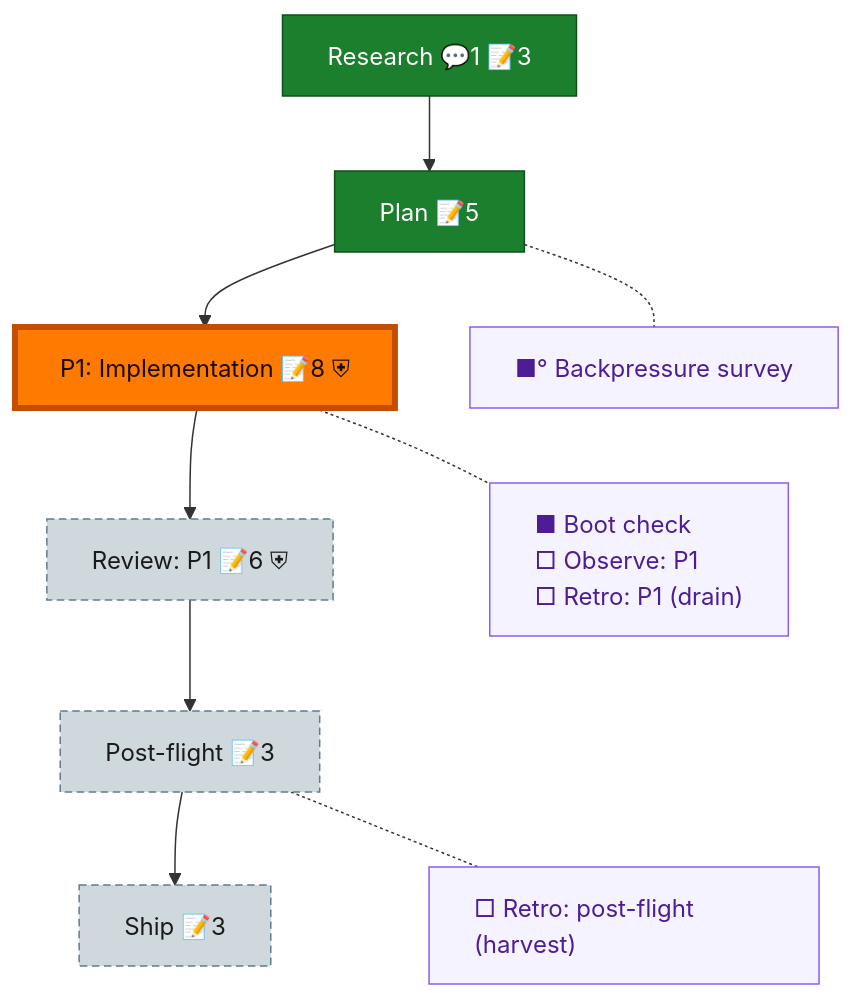
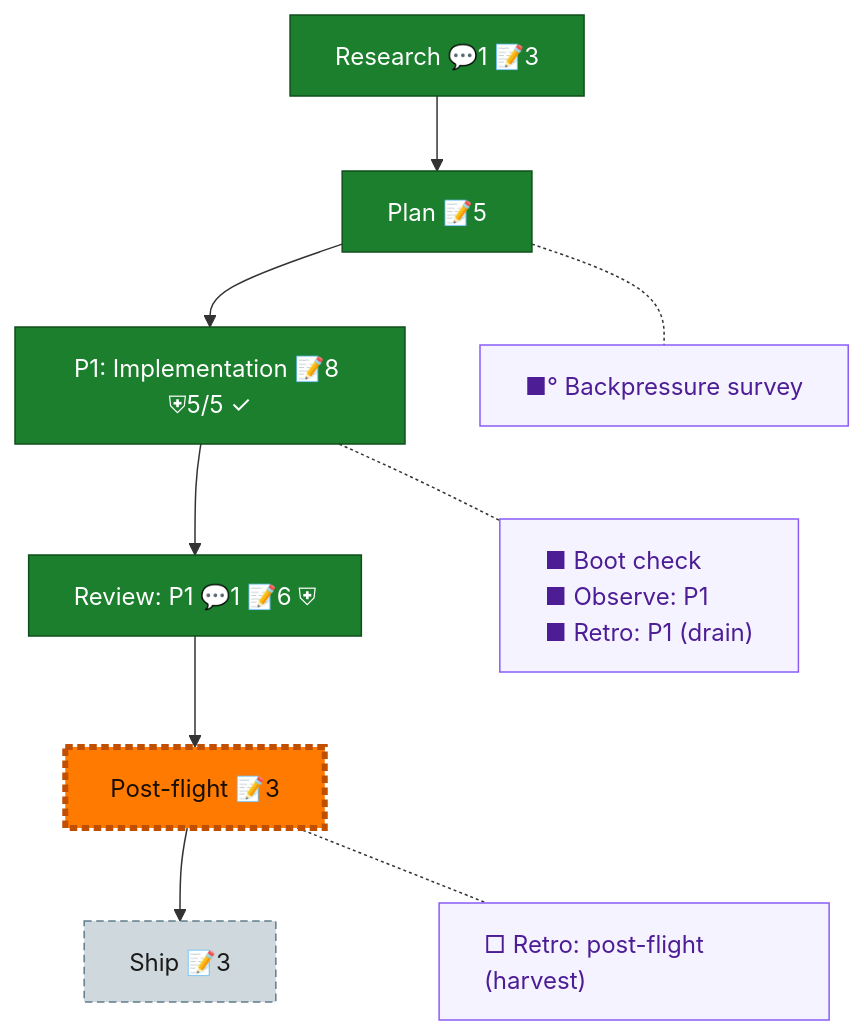
Before and after one commit to vaughanknight/bluos-knob: the diagram in docs/plans/003-knob-lag/the-flow.md, drawn with Mermaid. The commit also changed other lines of this file and 9 other files, not shown here.

First line of the commit message:
fix(firmware): re-check live/generation/staleness per command within a coalesced burst (plan 003 review)

````diff
--- a/docs/plans/003-knob-lag/the-flow.md
+++ b/docs/plans/003-knob-lag/the-flow.md
@@ -8,30 +8,29 @@
 ```mermaid
 flowchart TD
     research["Research 💬1 📝3"]:::done
     plan["Plan 📝5"]:::done
-    phase_1["P1: Implementation 📝8 ⛨"]:::wip
-    review_1["Review: P1 📝6 ⛨"]:::assumed
+    phase_1["P1: Implementation 📝8 ⛨5/5 ✓"]:::done
+    review_1["Review: P1 💬1 📝6 ⛨"]:::done
     post_flight["Post-flight 📝3"]:::assumed
     ship["Ship 📝3"]:::assumed
 
     research --> plan --> phase_1 --> review_1 --> post_flight --> ship
 
     planC["■° Backpressure survey"]:::chore
-    phase_1C["■ Boot check<br/>□ Observe: P1<br/>□ Retro: P1 (drain)"]:::chore
+    phase_1C["■ Boot check<br/>■ Observe: P1<br/>■ Retro: P1 (drain)"]:::chore
     post_flightC["□ Retro: post-flight (harvest)"]:::chore
 
     %% invisible chain holds the gutter boxes in their own column
     planC ~~~ phase_1C ~~~ post_flightC
 
     %% dotted links pull each gutter box beside its node
     plan -.- planC
     phase_1 -.- phase_1C
     post_flight -.- post_flightC
 
     classDef done fill:#1B7F2E,stroke:#0F4F1B,color:#fff;
-    classDef wip fill:#43C04A,stroke:#1B7F2E,color:#04210A;
     classDef assumed fill:#CFD8DC,stroke:#607D8B,color:#1a1a1a,stroke-dasharray:5 3;
     classDef chore fill:#f5f3ff,stroke:#8b5cf6,color:#4c1d95,text-align:left;
     classDef current fill:#FF7A00,stroke:#C24E00,color:#1a0e00,stroke-width:4px;
-    class phase_1 current;
+    class post_flight current;
 ```
````
